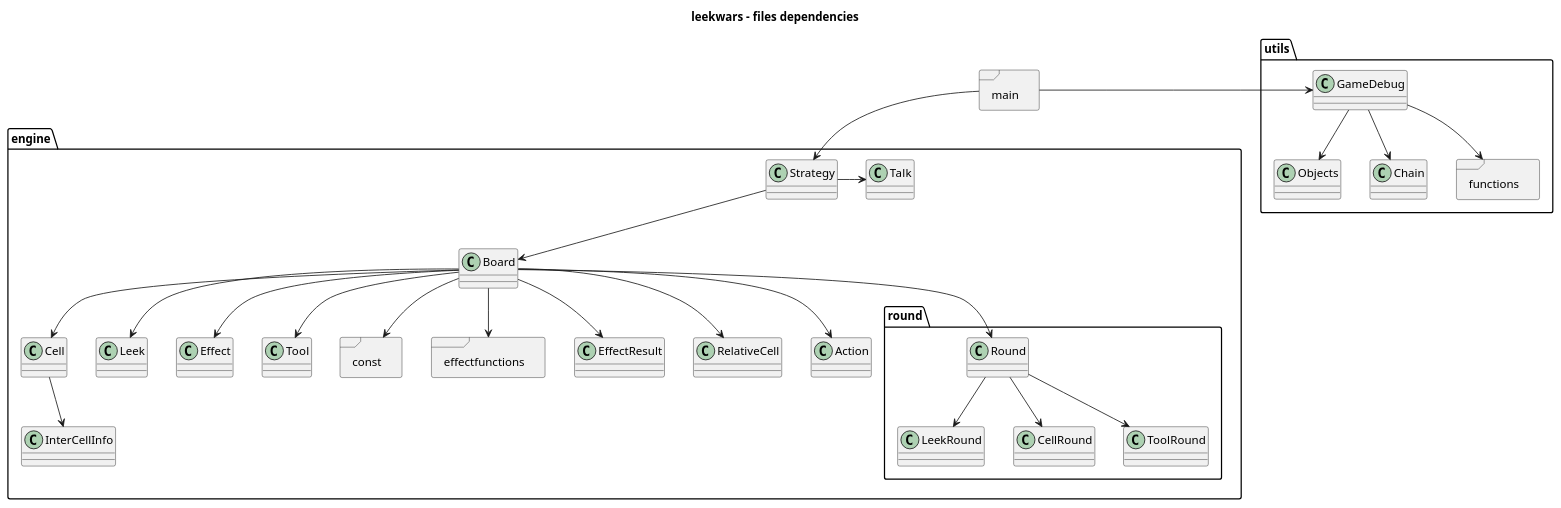
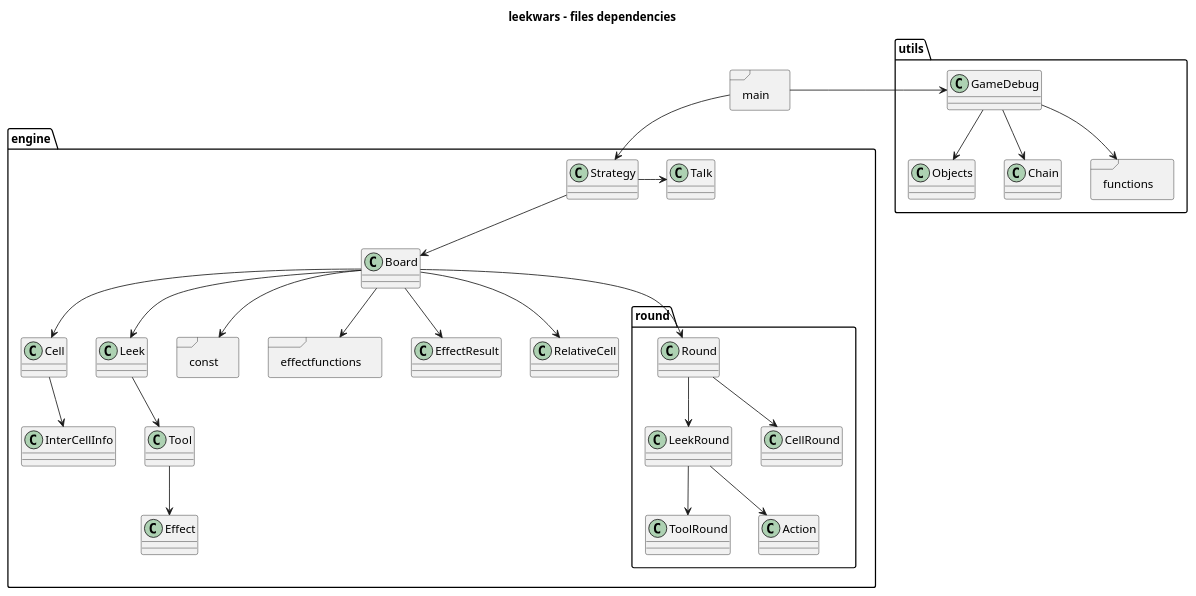
Before and after one commit to fauconv/leekwars: the diagram in doc/files_dependencies.puml, drawn with PlantUML. The commit also changed 13 other files, not shown here.

```diff
--- a/doc/files_dependencies.puml
+++ b/doc/files_dependencies.puml
@@ -1,60 +1,60 @@
 @startuml
 
 title leekwars - files dependencies
 
 allowmixing
 
 package engine {
   package round {
     class Round
     class LeekRound
     class CellRound
     class ToolRound
+    class Action
   }
   class Board
   class Cell 
   class Leek
   class Effect
   class Tool
   frame const
   frame effectfunctions
   class EffectResult
   class InterCellInfo
   class RelativeCell
   class Strategy
-  class Action
   class Talk
 }
 
 frame main
 
 package utils {
   class GameDebug
   class Objects
   class Chain
   frame functions
 }
 
 main -> GameDebug
 main --> Strategy
 Strategy --> Board
 Strategy -> Talk
-Board --> Action
+LeekRound --> Action
 Board --> effectfunctions
 Board --> EffectResult
 Board --> Round 
 Board --> const
 Round --> CellRound
 Round --> LeekRound
 Board --> Cell
 Cell --> InterCellInfo
-Round --> ToolRound
-Board --> Tool
+LeekRound --> ToolRound
+Leek --> Tool
 Board --> Leek
-Board --> Effect
+Tool --> Effect
 Board --> RelativeCell
 GameDebug --> Objects
 GameDebug --> Chain
 GameDebug --> functions
 
 @enduml
```
